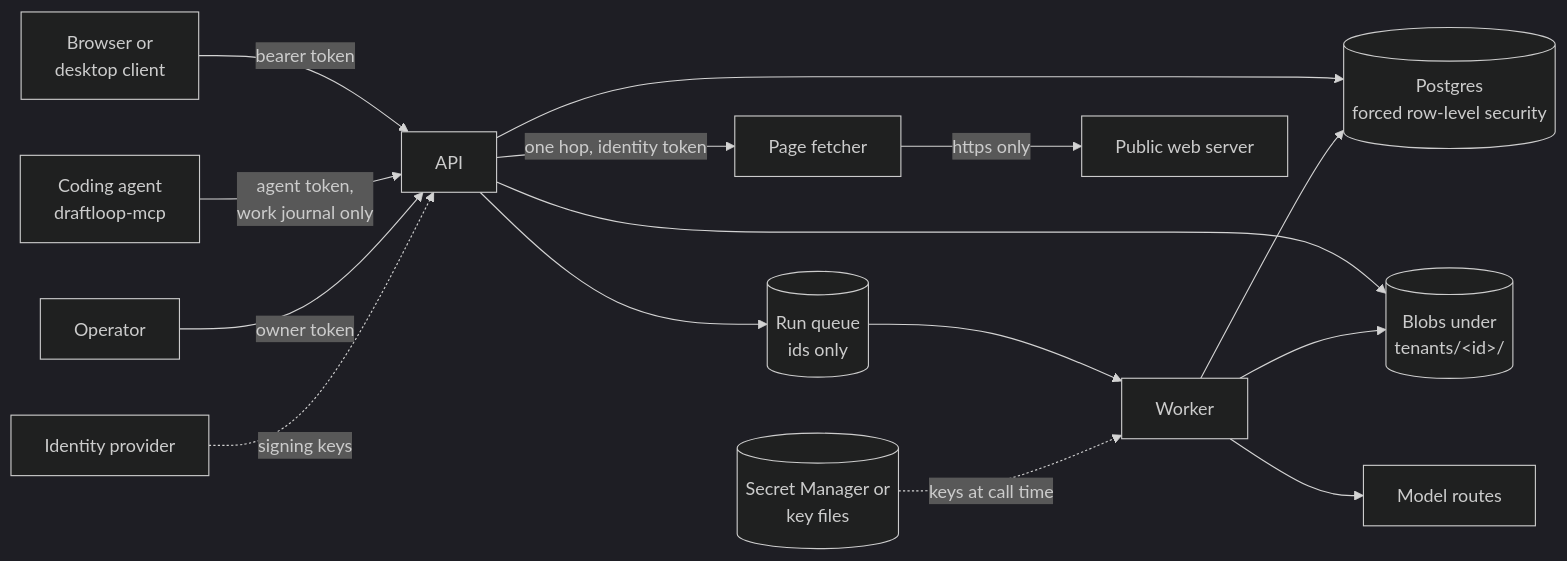
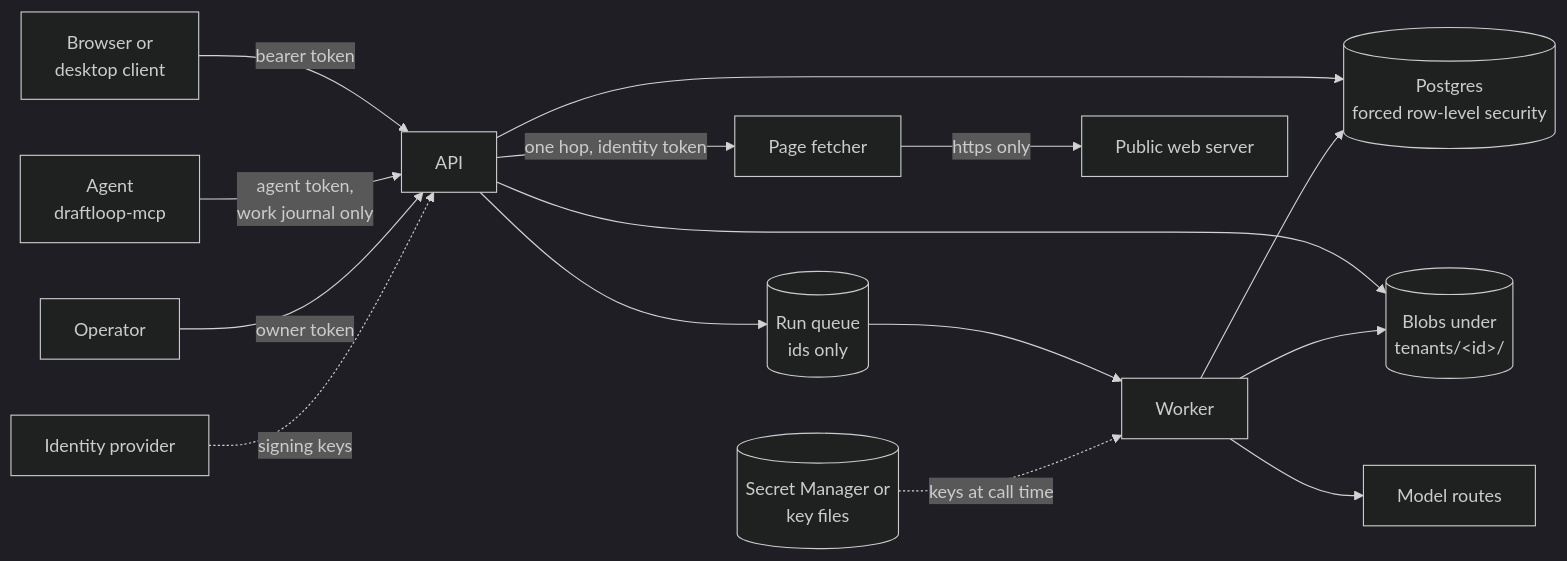
Before and after one commit to akoita/draft-loop: the diagram in docs/security/server-threat-model.md, drawn with Mermaid (dark theme). The commit also changed other lines of this file and 60 other files, not shown here.

First line of the commit message:
Say "agent" instead of "coding agent" across the app (#2466)

````diff
--- a/docs/security/server-threat-model.md
+++ b/docs/security/server-threat-model.md
@@ -36,17 +36,17 @@
 ```mermaid
 flowchart LR
     B[Browser or<br/>desktop client] -->|bearer token| API
-    A[Coding agent<br/>draftloop-mcp] -->|agent token,<br/>work journal only| API
+    A[Agent<br/>draftloop-mcp] -->|agent token,<br/>work journal only| API
     O[Operator] -->|owner token| API
     IdP[Identity provider] -.->|signing keys| API
     API[API] --> DB[(Postgres<br/>forced row-level security)]
     API --> BL[(Blobs under<br/>tenants/&lt;id&gt;/)]
     API --> Q[(Run queue<br/>ids only)]
     Q --> W[Worker]
     W --> DB
     W --> BL
     W --> M[Model routes]
     SK[(Secret Manager or<br/>key files)] -.->|keys at call time| W
     API -->|one hop, identity token| PF[Page fetcher]
     PF -->|https only| Web[Public web server]
 ```
````
